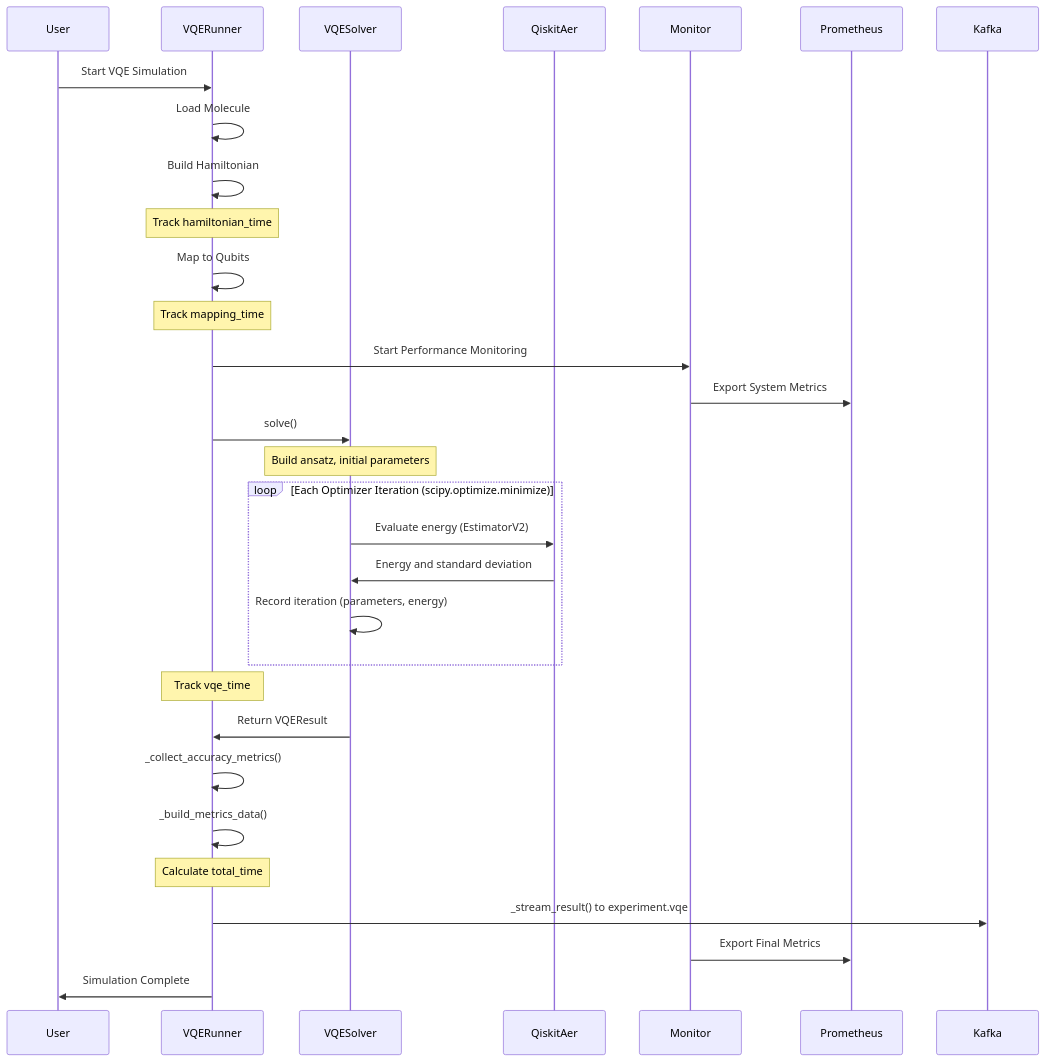
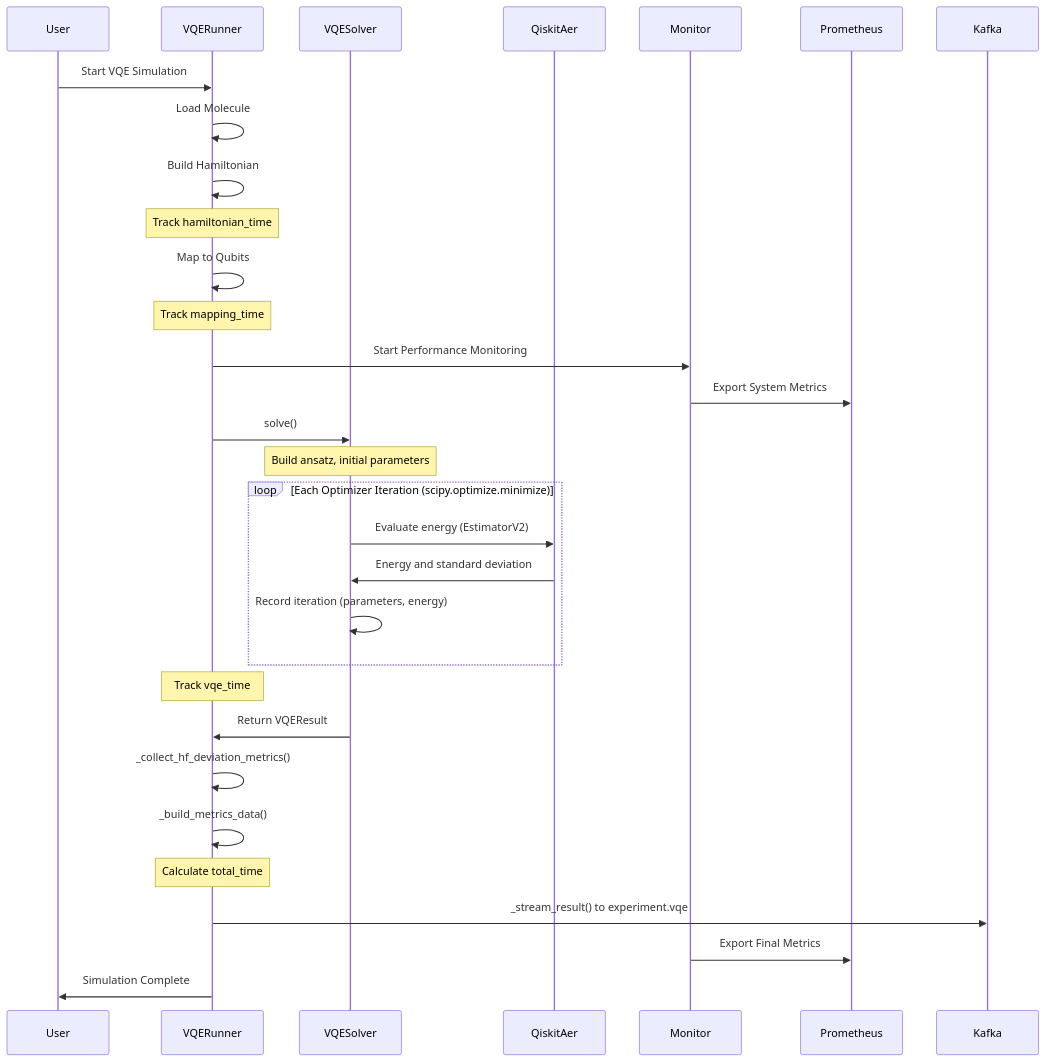
The first of 6 diagrams in docs/architecture/system-design.md (straightchlorine/quantum-pipeline), drawn with Mermaid before and after one commit. The commit also changed other lines of this file and 2 other files, not shown here.

Commit message:
docs(metrics): updated the prometheus docs with the new metric

````diff
--- a/docs/architecture/system-design.md
+++ b/docs/architecture/system-design.md
@@ -25,39 +25,39 @@
 ```mermaid
 sequenceDiagram
     participant User
     participant VQERunner
     participant VQESolver
     participant QiskitAer
     participant Monitor
     participant Prometheus
     participant Kafka
 
     User->>VQERunner: Start VQE Simulation
     VQERunner->>VQERunner: Load Molecule
     VQERunner->>VQERunner: Build Hamiltonian
     Note over VQERunner: Track hamiltonian_time
 
     VQERunner->>VQERunner: Map to Qubits
     Note over VQERunner: Track mapping_time
 
     VQERunner->>Monitor: Start Performance Monitoring
     Monitor->>Prometheus: Export System Metrics
 
     VQERunner->>VQESolver: solve()
     Note over VQESolver: Build ansatz, initial parameters
     loop Each Optimizer Iteration (scipy.optimize.minimize)
         VQESolver->>QiskitAer: Evaluate energy (EstimatorV2)
         QiskitAer->>VQESolver: Energy and standard deviation
         VQESolver->>VQESolver: Record iteration (parameters, energy)
     end
     Note over VQERunner: Track vqe_time
 
     VQESolver->>VQERunner: Return VQEResult
-    VQERunner->>VQERunner: _collect_accuracy_metrics()
+    VQERunner->>VQERunner: _collect_hf_deviation_metrics()
     VQERunner->>VQERunner: _build_metrics_data()
     Note over VQERunner: Calculate total_time
 
     VQERunner->>Kafka: _stream_result() to experiment.vqe
     Monitor->>Prometheus: Export Final Metrics
     VQERunner->>User: Simulation Complete
 ```
````
